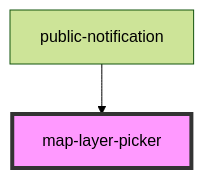
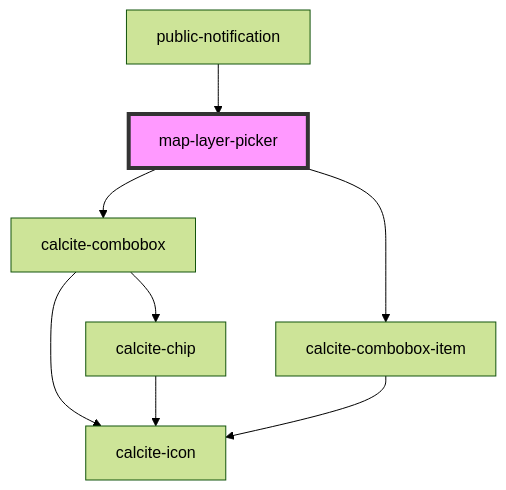
One commit to Esri/solutions-components changed the diagram in src/components/map-layer-picker/readme.md. Above: the diagram before and after it, drawn with Mermaid (forest theme). The commit also changed other lines of this file and 14 other files, not shown here.

````diff
--- a/src/components/map-layer-picker/readme.md
+++ b/src/components/map-layer-picker/readme.md
@@ -15,5 +20,11 @@
 ```mermaid
 graph TD;
+  map-layer-picker --> calcite-combobox
+  map-layer-picker --> calcite-combobox-item
+  calcite-combobox --> calcite-chip
+  calcite-combobox --> calcite-icon
+  calcite-chip --> calcite-icon
+  calcite-combobox-item --> calcite-icon
   public-notification --> map-layer-picker
   style map-layer-picker fill:#f9f,stroke:#333,stroke-width:4px
 ```
````
